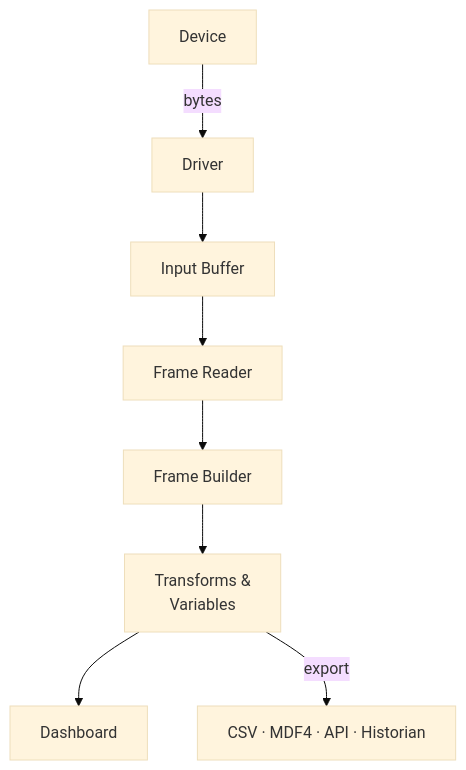
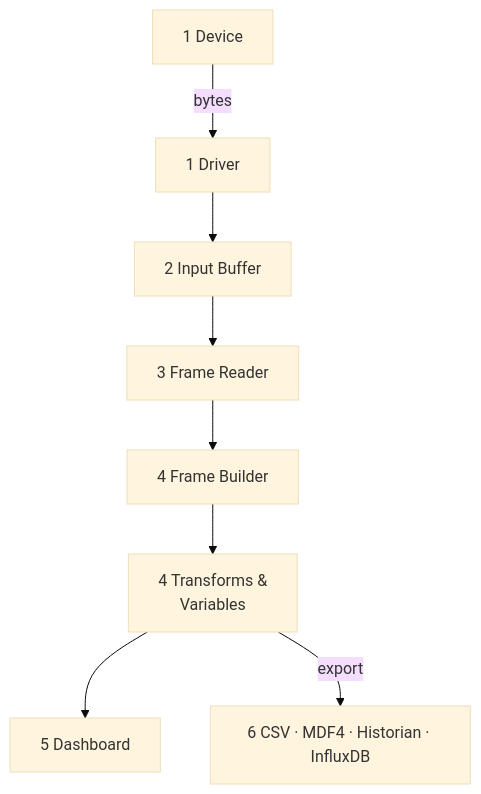
The diagram in doc/help/Data-Flow.md (Serial-Studio/Serial-Studio), drawn with Mermaid (base theme) before and after one commit. The commit also changed other lines of this file and 41 other files, not shown here.

First line of the commit message:
docs(help): rework the Drivers, Data, Integration, Architecture, Support and Licensing pages

````diff
--- a/doc/help/Data-Flow.md
+++ b/doc/help/Data-Flow.md
@@ -11,10 +11,10 @@
 ```mermaid
 flowchart TD
-    A["Device"] -->|bytes| B["Driver"]
-    B --> C["Input Buffer"]
-    C --> D["Frame Reader"]
-    D --> E["Frame Builder"]
-    E --> T["Transforms &<br/>Variables"]
-    T --> F["Dashboard"]
-    T -->|export| G["CSV · MDF4 · API · Historian"]
+    A["1 Device"] -->|bytes| B["1 Driver"]
+    B --> C["2 Input Buffer"]
+    C --> D["3 Frame Reader"]
+    D --> E["4 Frame Builder"]
+    E --> T["4 Transforms &<br/>Variables"]
+    T --> F["5 Dashboard"]
+    T -->|export| G["6 CSV · MDF4 · Historian · InfluxDB"]
 ```
````
